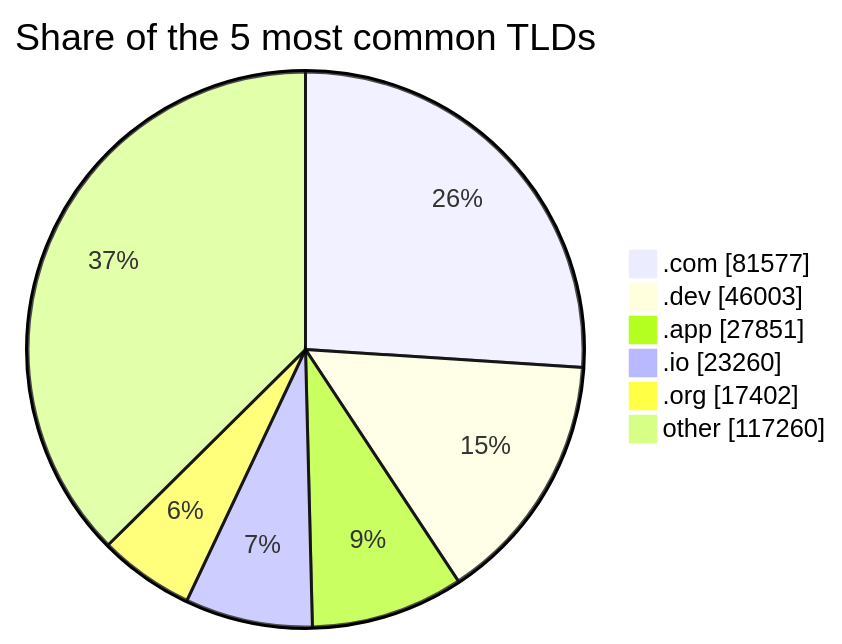
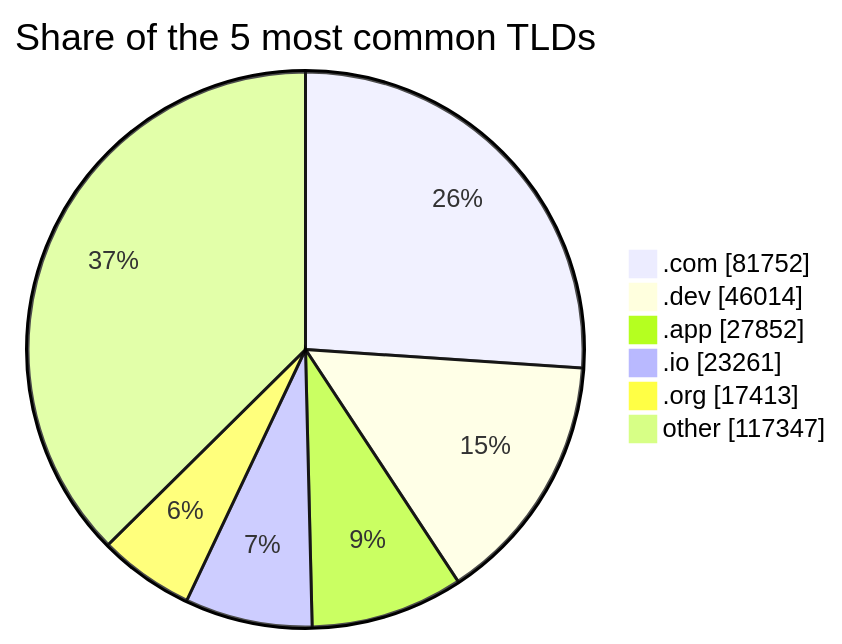
One commit to DNSBunker/CTI changed the third of 3 diagrams in README.md. Above: the diagram before and after it, drawn with Mermaid. The commit also changed other lines of this file and 3 other files, not shown here.

````diff
--- a/README.md
+++ b/README.md
@@ -81,9 +81,9 @@
 ```mermaid
 pie showData title Share of the 5 most common TLDs
-    ".com" : 81577
-    ".dev" : 46003
-    ".app" : 27851
-    ".io" : 23260
-    ".org" : 17402
-    "other" : 117260
+    ".com" : 81752
+    ".dev" : 46014
+    ".app" : 27852
+    ".io" : 23261
+    ".org" : 17413
+    "other" : 117347
 ```
````
